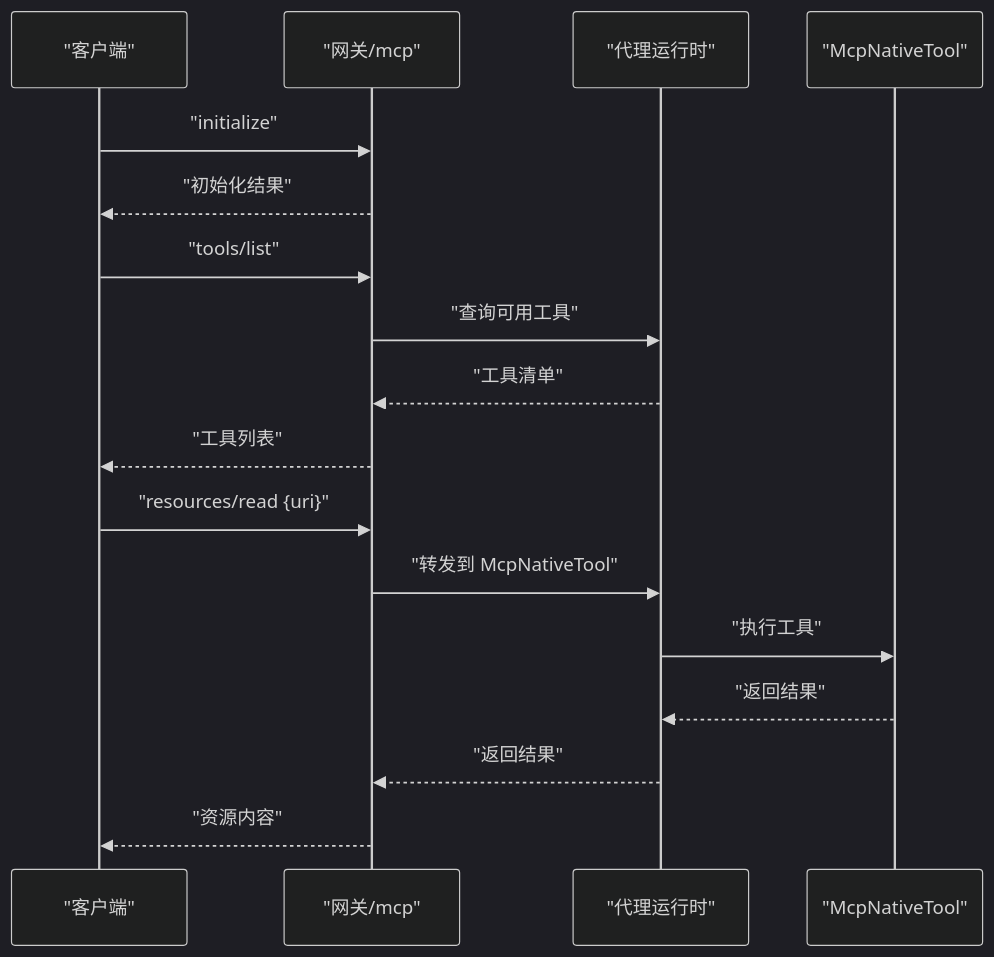
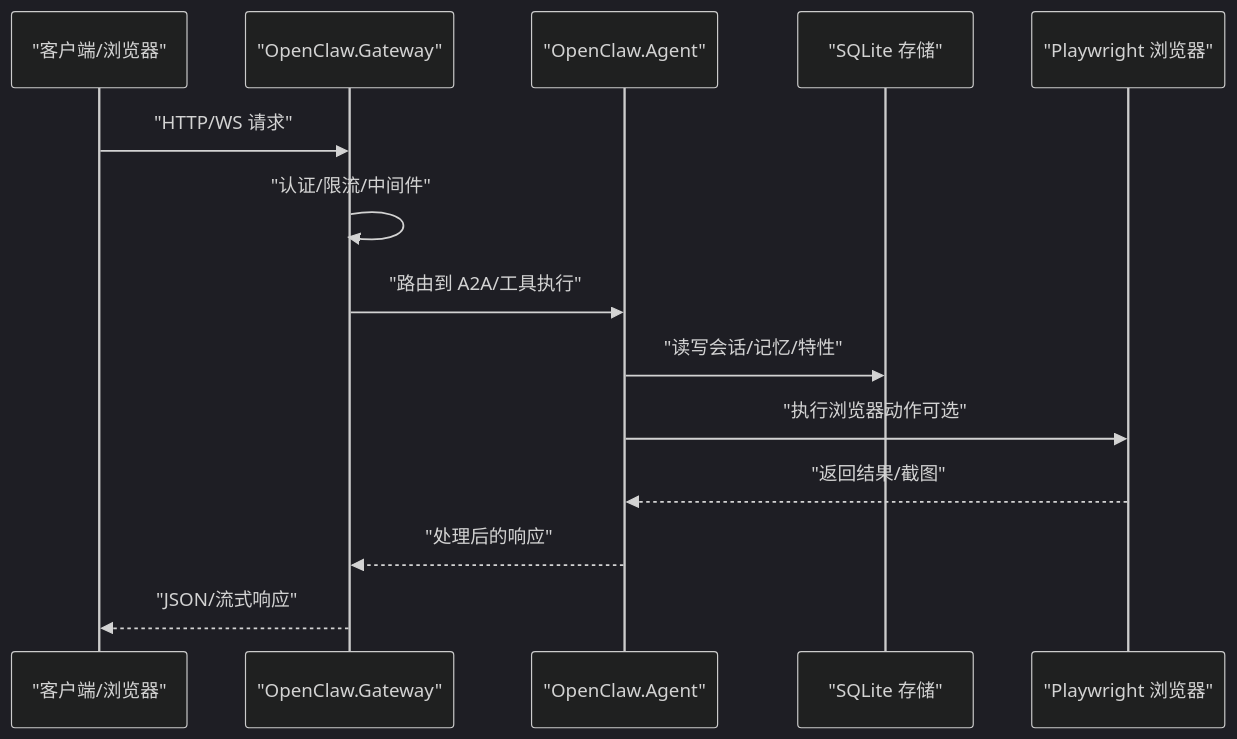
The second of 8 diagrams in .qoder/repowiki/zh/content/项目概述/技术栈概览.md (wayyet/kingcrab), drawn with Mermaid (dark theme) before and after one commit. The commit also changed other lines of this file and 431 other files, not shown here.

````diff
--- a/.qoder/repowiki/zh/content/项目概述/技术栈概览.md
+++ b/.qoder/repowiki/zh/content/项目概述/技术栈概览.md
@@ -206,19 +132,16 @@
 ```mermaid
 sequenceDiagram
-participant Client as "客户端"
-participant GW as "网关/mcp"
-participant AG as "代理运行时"
-participant Tool as "McpNativeTool"
-Client->>GW : "initialize"
-GW-->>Client : "初始化结果"
-Client->>GW : "tools/list"
-GW->>AG : "查询可用工具"
-AG-->>GW : "工具清单"
-GW-->>Client : "工具列表"
-Client->>GW : "resources/read {uri}"
-GW->>AG : "转发到 McpNativeTool"
-AG->>Tool : "执行工具"
-Tool-->>AG : "返回结果"
-AG-->>GW : "返回结果"
-GW-->>Client : "资源内容"
+participant Client as "客户端/浏览器"
+participant Gateway as "OpenClaw.Gateway"
+participant Agent as "OpenClaw.Agent"
+participant Store as "SQLite 存储"
+participant PW as "Playwright 浏览器"
+Client->>Gateway : "HTTP/WS 请求"
+Gateway->>Gateway : "认证/限流/中间件"
+Gateway->>Agent : "路由到 A2A/工具执行"
+Agent->>Store : "读写会话/记忆/特性"
+Agent->>PW : "执行浏览器动作可选"
+PW-->>Agent : "返回结果/截图"
+Agent-->>Gateway : "处理后的响应"
+Gateway-->>Client : "JSON/流式响应"
 ```
````
